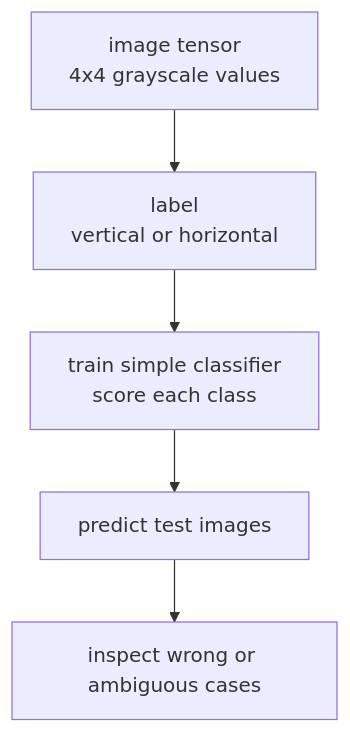
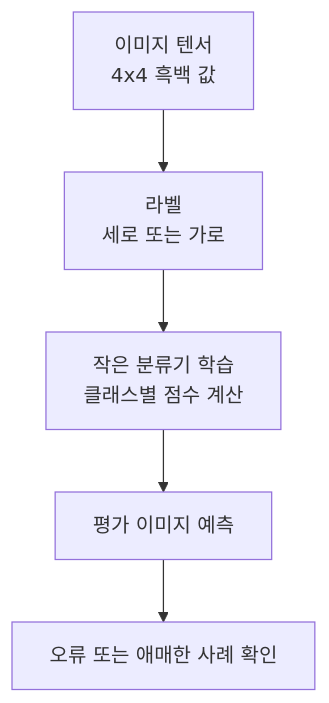
One commit to devchan64/AiBook changed the diagram in docs/parts/part-07/chapter-03/section-01.md. Above: the diagram before and after it, drawn with Mermaid. The commit also changed other lines of this file and 15 other files, not shown here.

````diff
--- a/docs/parts/part-07/chapter-03/section-01.md
+++ b/docs/parts/part-07/chapter-03/section-01.md
@@ -79,10 +71,10 @@
 ```mermaid
 flowchart TD
-  A["image tensor<br/>4x4 grayscale values"]
-  B["label<br/>vertical or horizontal"]
-  C["train simple classifier<br/>score each class"]
-  D["predict test images"]
-  E["inspect wrong or ambiguous cases"]
+  A["이미지 텐서<br/>4x4 흑백 값"]
+  B["라벨<br/>세로 또는 가로"]
+  C["작은 분류기 학습<br/>클래스별 점수 계산"]
+  D["평가 이미지 예측"]
+  E["오류 또는 애매한 사례 확인"]
 
   A --> B --> C --> D --> E
 ```
````
